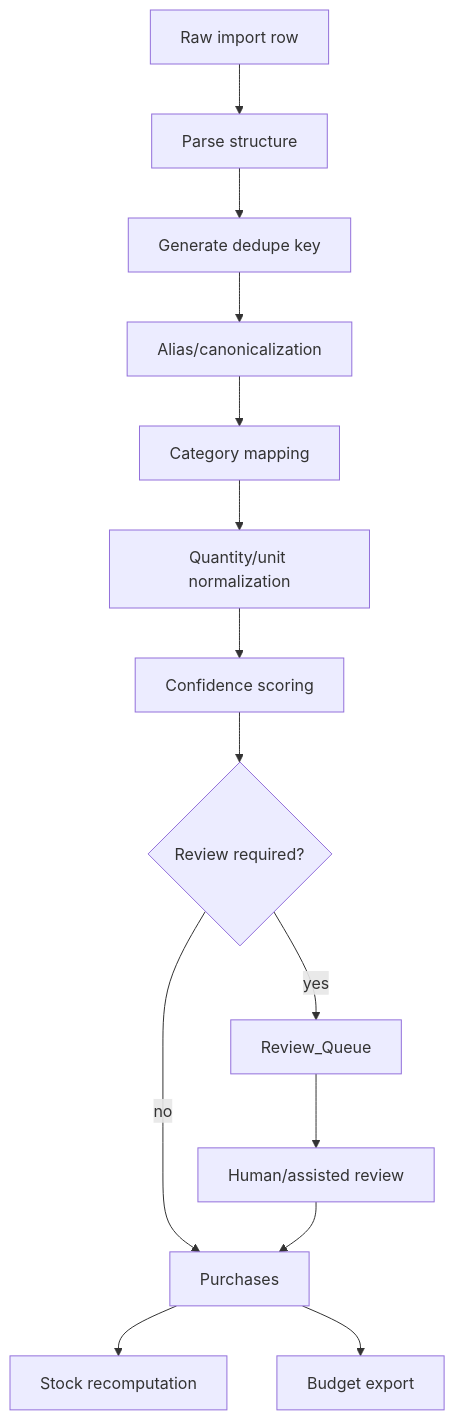
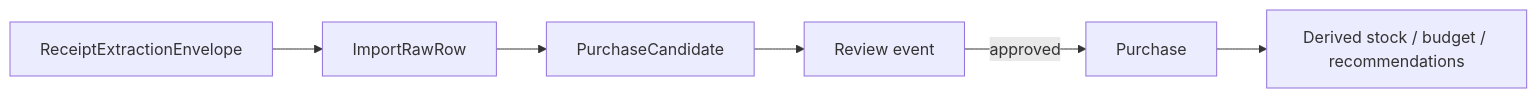
The diagram in docs/specs/normalization-pipeline.md (ryjen/shopping-inventory), drawn with Mermaid before and after one commit. The commit also changed other lines of this file and 1 other file, not shown here.

````diff
--- a/docs/specs/normalization-pipeline.md
+++ b/docs/specs/normalization-pipeline.md
@@ -22,16 +9,15 @@
 ```mermaid
-flowchart TD
-  A[Raw import row] --> B[Parse structure]
-  B --> C[Generate dedupe key]
-  C --> D[Alias/canonicalization]
-  D --> E[Category mapping]
-  E --> F[Quantity/unit normalization]
-  F --> G[Confidence scoring]
-  G --> H{Review required?}
-  H -->|yes| I[Review_Queue]
-  H -->|no| J[Purchases]
-  I --> K[Human/assisted review]
-  K --> J
-  J --> L[Stock recomputation]
-  J --> M[Budget export]
+flowchart LR
+  E[ReceiptExtractionEnvelope]
+  R[ImportRawRow]
+  C[PurchaseCandidate]
+  Rev[Review event]
+  P[Purchase]
+  D[Derived stock / budget / recommendations]
+
+  E --> R
+  R --> C
+  C --> Rev
+  Rev -->|approved| P
+  P --> D
 ```
````
